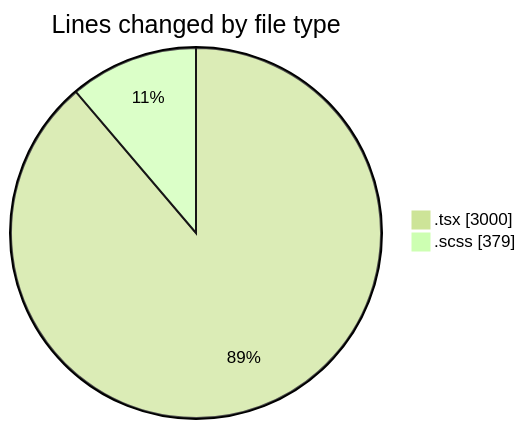
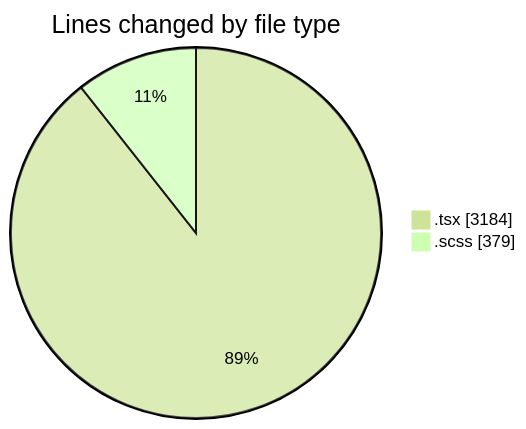
One commit to momahboobian/code-tracking changed the first of 2 diagrams in 2025-09-30/cda/README.md. Above: the diagram before and after it, drawn with Mermaid (forest theme). The commit also changed other lines of this file and 1 other file, not shown here.

````diff
--- a/2025-09-30/cda/README.md
+++ b/2025-09-30/cda/README.md
@@ -23,6 +23,6 @@
 ```mermaid
 pie showData
 title Lines changed by file type
-".tsx" : 3000
+".tsx" : 3184
 ".scss" : 379
 ```
````
